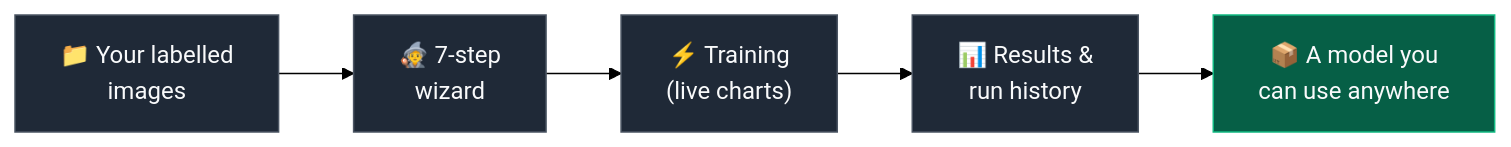
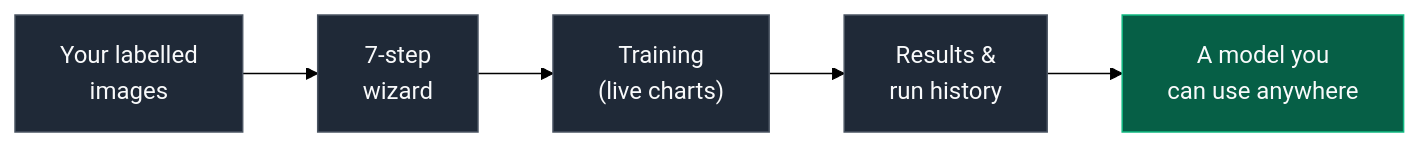
The first of 3 diagrams in README.md (Noctillio-Ai/NightFlow), drawn with Mermaid (forest theme) before and after one commit. The commit also changed other lines of this file, not shown here.

````diff
--- a/README.md
+++ b/README.md
@@ -104,9 +104,9 @@
 ```mermaid
 graph LR
-    A["📁 Your labelled<br/>images"] --> B["🧙 7-step<br/>wizard"] --> C["⚡ Training<br/>(live charts)"] --> D["📊 Results &<br/>run history"] --> E["📦 A model you<br/>can use anywhere"]
+    A["Your labelled<br/>images"] --> B["7-step<br/>wizard"] --> C["Training<br/>(live charts)"] --> D["Results &<br/>run history"] --> E["A model you<br/>can use anywhere"]
     style A fill:#1f2937,stroke:#4b5563,color:#f9fafb
     style B fill:#1f2937,stroke:#4b5563,color:#f9fafb
     style C fill:#1f2937,stroke:#4b5563,color:#f9fafb
     style D fill:#1f2937,stroke:#4b5563,color:#f9fafb
     style E fill:#065f46,stroke:#10b981,color:#f9fafb
 ```
````
